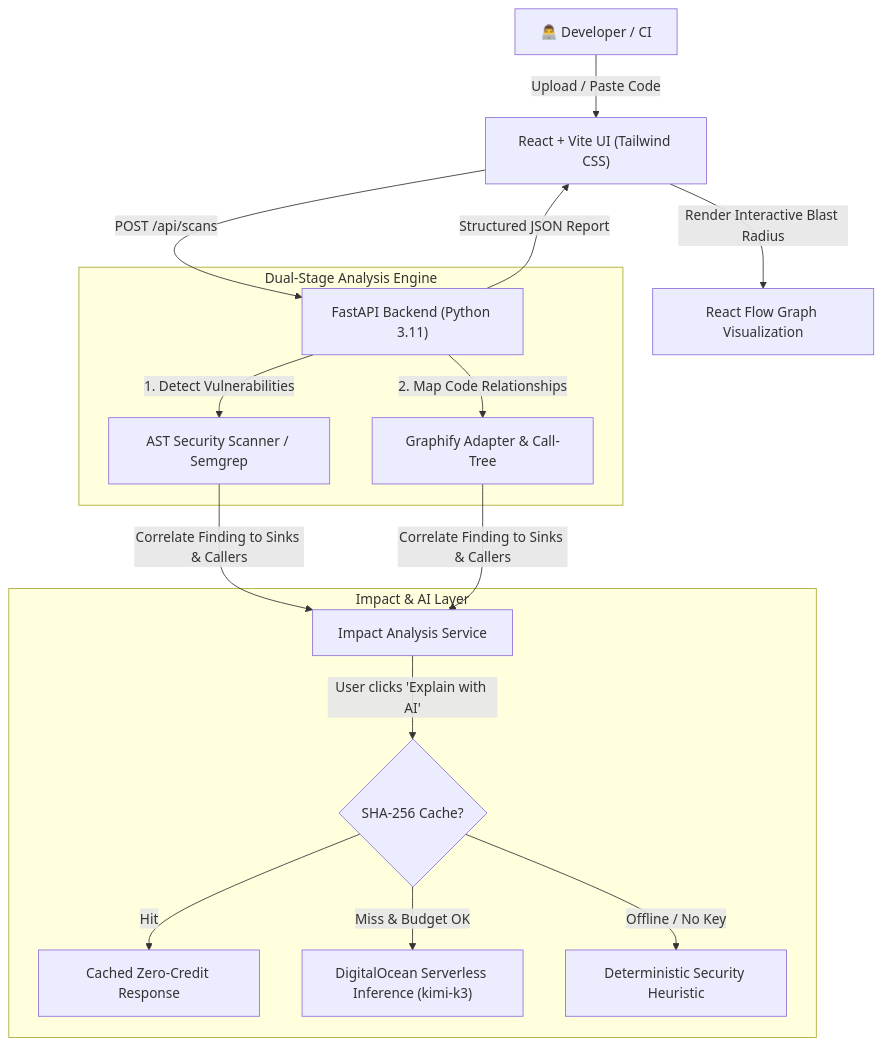
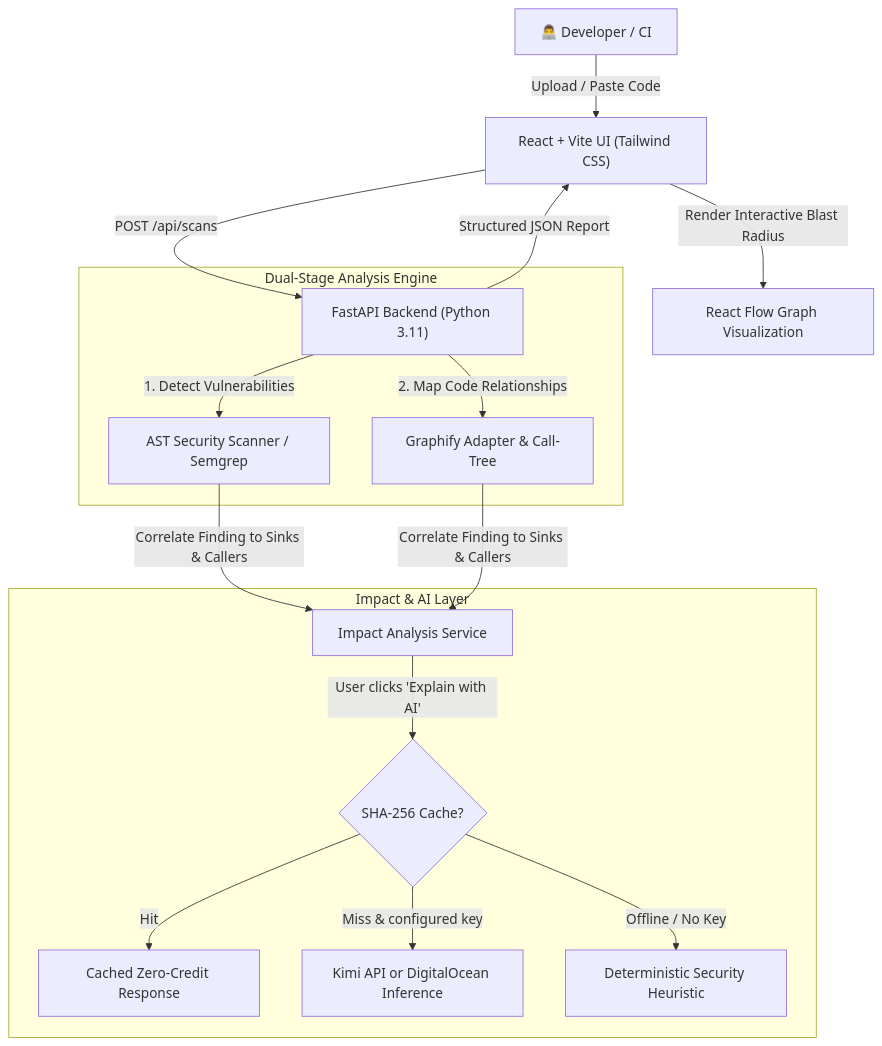
The diagram in README.md (ShrushtiKakade/CodeShieldAi), drawn with Mermaid before and after one commit. The commit also changed other lines of this file and 32 other files, not shown here.

````diff
--- a/README.md
+++ b/README.md
@@ -19,21 +19,21 @@
 ```mermaid
 flowchart TD
     User["👨‍💻 Developer / CI"] -->|Upload / Paste Code| Frontend["React + Vite UI (Tailwind CSS)"]
     Frontend -->|POST /api/scans| FastAPI["FastAPI Backend (Python 3.11)"]
     
     subgraph AnalysisEngine["Dual-Stage Analysis Engine"]
         FastAPI -->|1. Detect Vulnerabilities| Scanner["AST Security Scanner / Semgrep"]
         FastAPI -->|2. Map Code Relationships| Graphify["Graphify Adapter & Call-Tree"]
     end
     
     subgraph ImpactLayer["Impact & AI Layer"]
         Scanner & Graphify -->|Correlate Finding to Sinks & Callers| Impact["Impact Analysis Service"]
         Impact -->|User clicks 'Explain with AI'| Cache{"SHA-256 Cache?"}
         Cache -->|Hit| CachedFix["Cached Zero-Credit Response"]
-        Cache -->|Miss & Budget OK| DOInference["DigitalOcean Serverless Inference (kimi-k3)"]
+        Cache -->|Miss & configured key| AIInference["Kimi API or DigitalOcean Inference"]
         Cache -->|Offline / No Key| Fallback["Deterministic Security Heuristic"]
     end
     
     FastAPI -->|Structured JSON Report| Frontend
     Frontend -->|Render Interactive Blast Radius| ReactFlow["React Flow Graph Visualization"]
 ```
````
